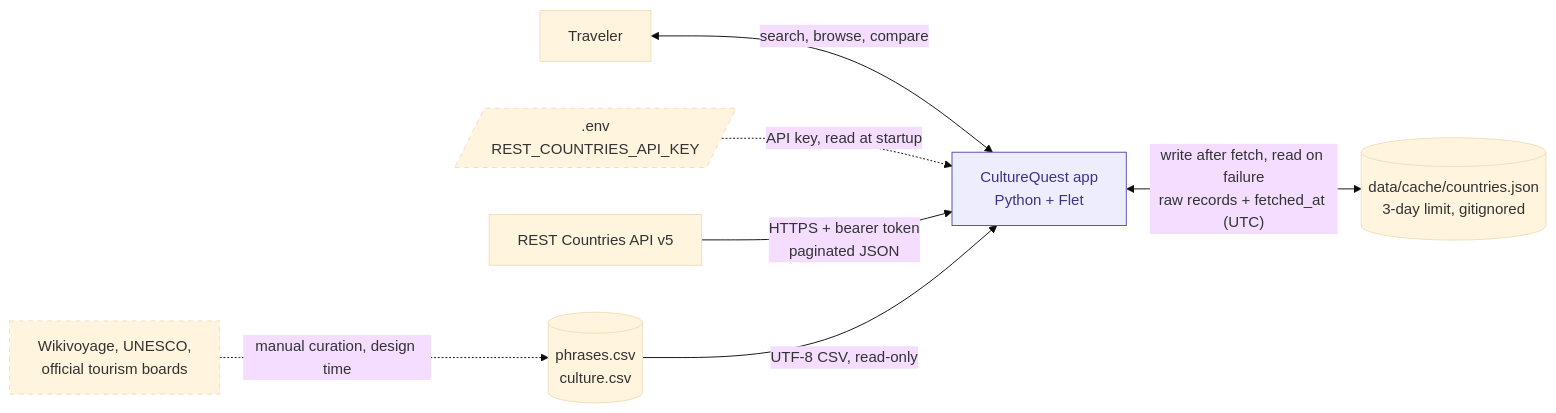
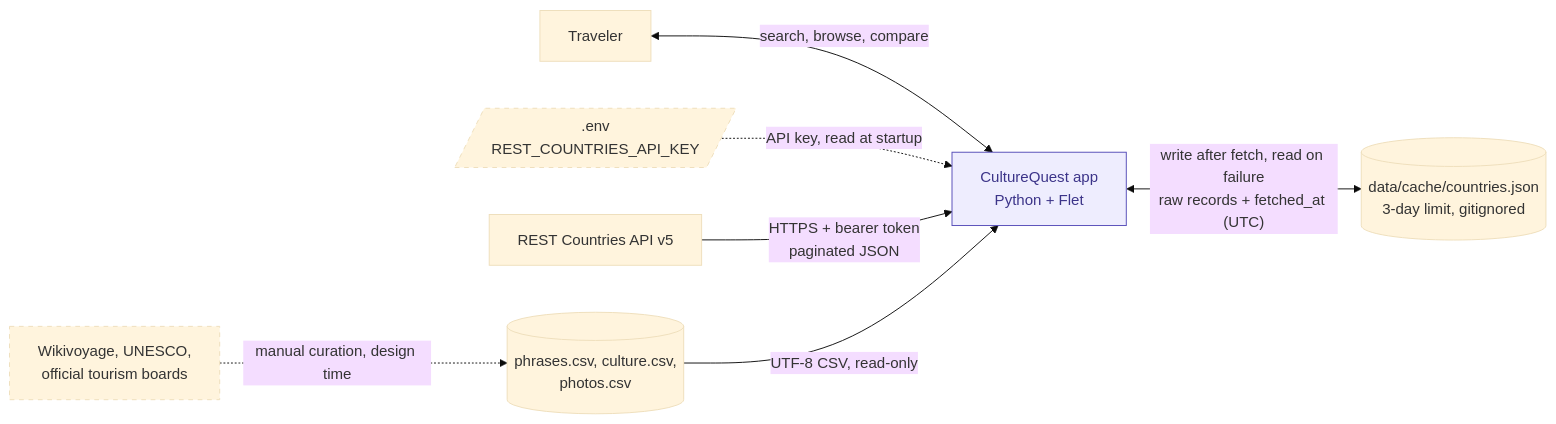
Before and after one commit to jordondraper/culture-quest: the first of 5 diagrams in docs/architecture.md, drawn with Mermaid (base theme). The commit also changed other lines of this file and 30 other files, not shown here.

````diff
--- a/docs/architecture.md
+++ b/docs/architecture.md
@@ -11,14 +11,14 @@
 ```mermaid
 flowchart LR
     traveler["Traveler"] <-->|"search, browse, compare"| app["CultureQuest app<br/>Python + Flet"]
     env[/".env<br/>REST_COUNTRIES_API_KEY"/] -.->|"API key, read at startup"| app
     api["REST Countries API v5"] -->|"HTTPS + bearer token<br/>paginated JSON"| app
-    csv[("phrases.csv<br/>culture.csv")] -->|"UTF-8 CSV, read-only"| app
+    csv[("phrases.csv, culture.csv,<br/>photos.csv")] -->|"UTF-8 CSV, read-only"| app
     app <-->|"write after fetch, read on failure<br/>raw records + fetched_at (UTC)"| cache[("data/cache/countries.json<br/>3-day limit, gitignored")]
     sources["Wikivoyage, UNESCO,<br/>official tourism boards"] -.->|"manual curation, design time"| csv
 
     classDef appBox fill:#EEEDFE,stroke:#534AB7,color:#3C3489
     classDef designTime stroke-dasharray: 5 5
     class app appBox
     class env,sources designTime
 ```
````
